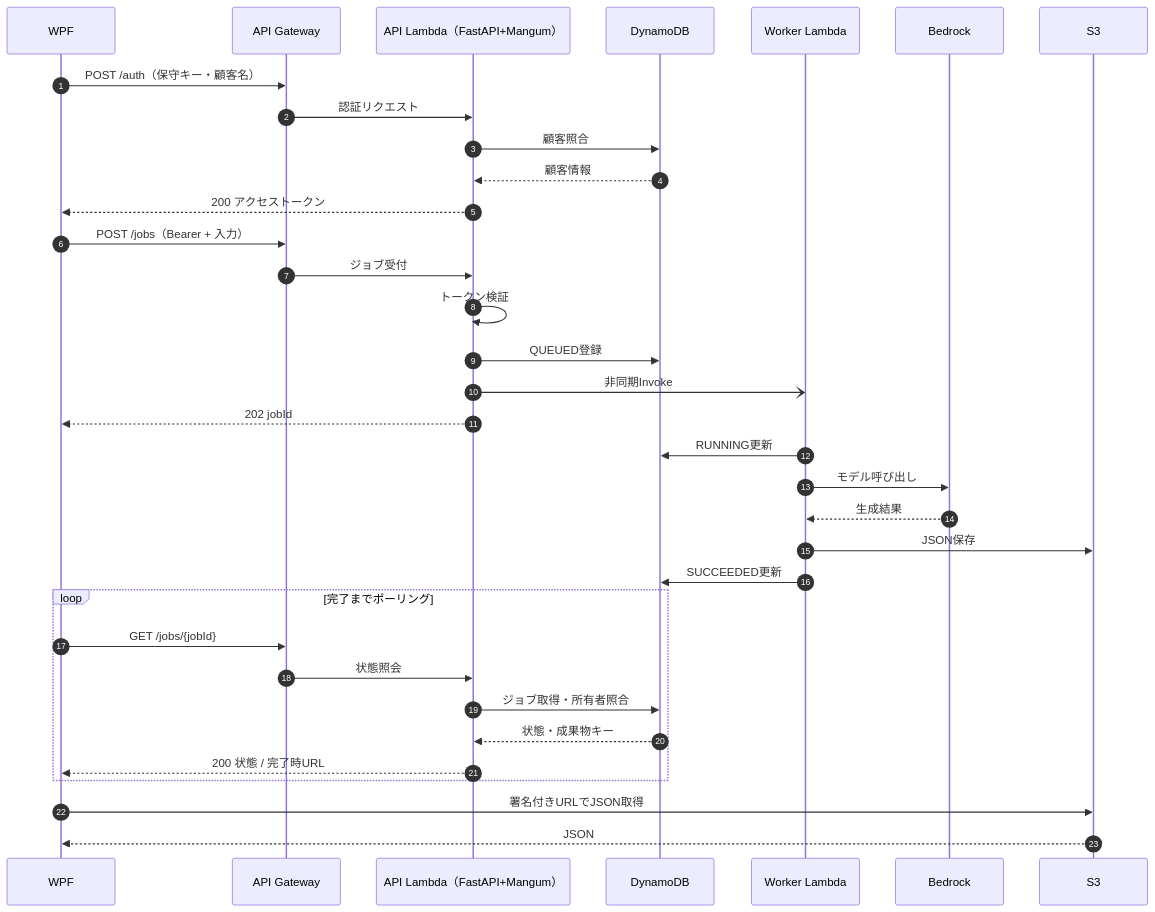
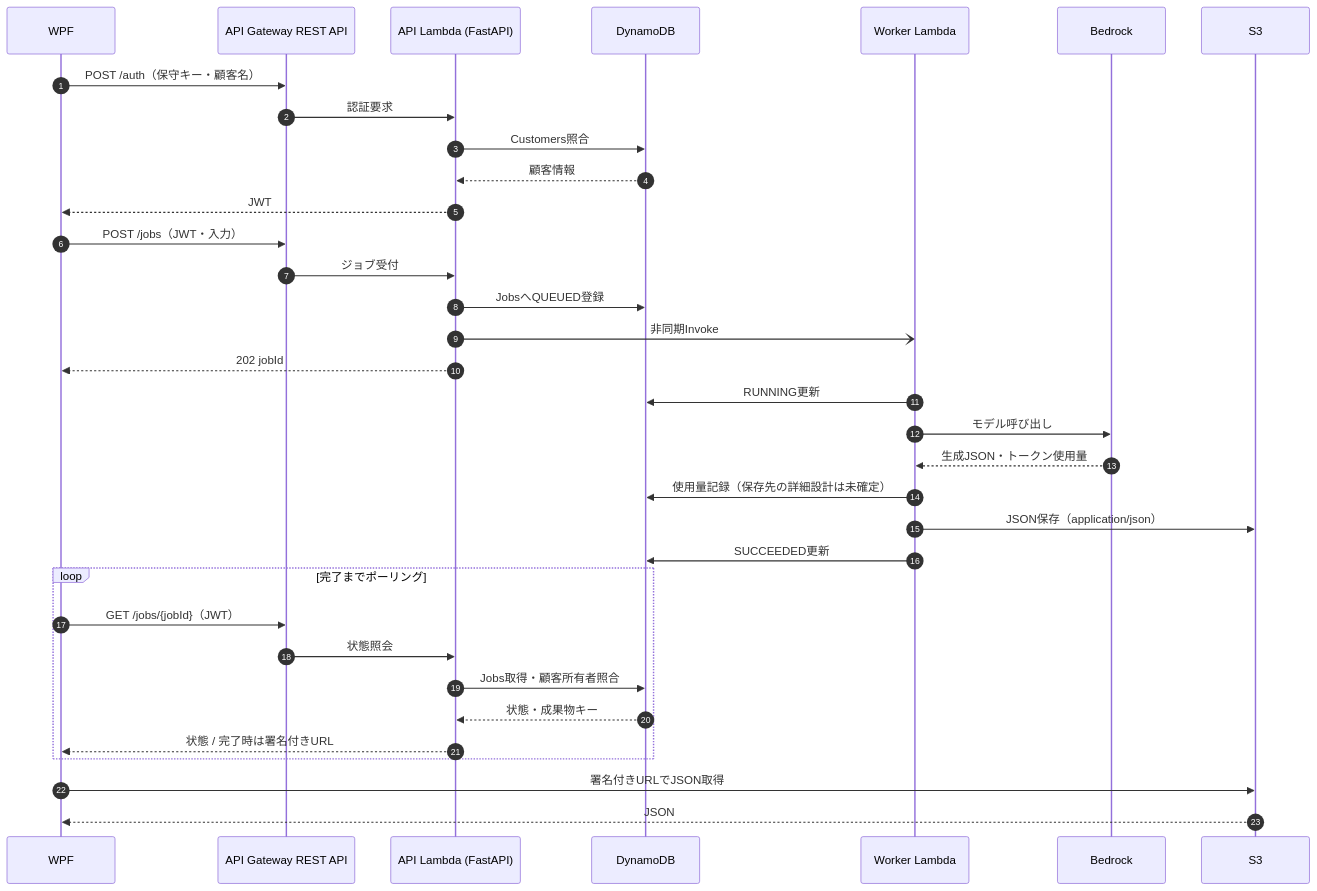
One commit to knmo000-tech/awsMemo changed the diagram in docs/sequence.md. Above: the diagram before and after it, drawn with Mermaid. The commit also changed other lines of this file, not shown here.

Commit message:
docs: trim to current specification and remove decision-history prose

````diff
--- a/docs/sequence.md
+++ b/docs/sequence.md
@@ -6,36 +3,36 @@
 ```mermaid
 sequenceDiagram
     autonumber
     participant C as WPF
-    participant G as API Gateway
-    participant A as API Lambda（FastAPI+Mangum）
+    participant G as API Gateway REST API
+    participant A as API Lambda (FastAPI)
     participant D as DynamoDB
     participant W as Worker Lambda
     participant B as Bedrock
     participant S as S3
     C->>G: POST /auth（保守キー・顧客名）
-    G->>A: 認証リクエスト
-    A->>D: 顧客照合
+    G->>A: 認証要求
+    A->>D: Customers照合
     D-->>A: 顧客情報
-    A-->>C: 200 アクセストークン
-    C->>G: POST /jobs（Bearer + 入力）
+    A-->>C: JWT
+    C->>G: POST /jobs（JWT・入力）
     G->>A: ジョブ受付
-    A->>A: トークン検証
-    A->>D: QUEUED登録
+    A->>D: JobsへQUEUED登録
     A-)W: 非同期Invoke
     A-->>C: 202 jobId
     W->>D: RUNNING更新
     W->>B: モデル呼び出し
-    B-->>W: 生成結果
-    W->>S: JSON保存
+    B-->>W: 生成JSON・トークン使用量
+    W->>D: 使用量記録（保存先の詳細設計は未確定）
+    W->>S: JSON保存（application/json）
     W->>D: SUCCEEDED更新
     loop 完了までポーリング
-        C->>G: GET /jobs/{jobId}
+        C->>G: GET /jobs/{jobId}（JWT）
         G->>A: 状態照会
-        A->>D: ジョブ取得・所有者照合
+        A->>D: Jobs取得・顧客所有者照合
         D-->>A: 状態・成果物キー
-        A-->>C: 200 状態 / 完了時URL
+        A-->>C: 状態 / 完了時は署名付きURL
     end
     C->>S: 署名付きURLでJSON取得
     S-->>C: JSON
 ```
````
